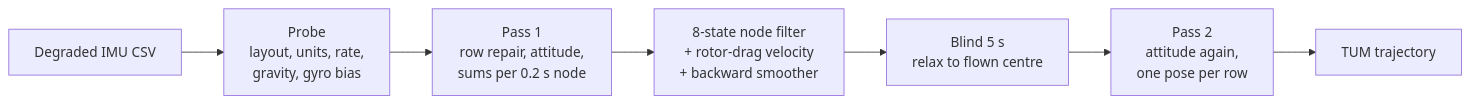
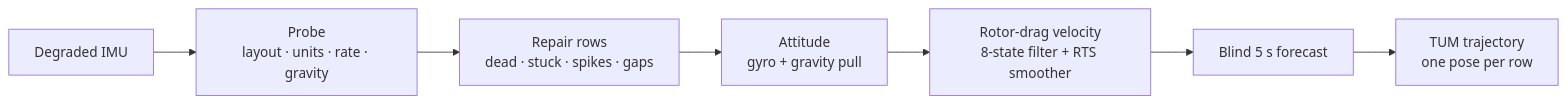
Before and after one commit to akshat333-debug/Ghost-Track: the diagram in README.md, drawn with Mermaid. The commit also changed other lines of this file and 13 other files, not shown here.

````diff
--- a/README.md
+++ b/README.md
@@ -55,9 +45,9 @@
 ```mermaid
 flowchart LR
-    A[Degraded IMU CSV] --> B[Probe<br/>layout, units, rate,<br/>gravity, gyro bias]
-    B --> C[Pass 1<br/>row repair, attitude,<br/>sums per 0.2 s node]
-    C --> D[8-state node filter<br/>+ rotor-drag velocity<br/>+ backward smoother]
-    D --> E[Blind 5 s<br/>relax to flown centre]
-    E --> F[Pass 2<br/>attitude again,<br/>one pose per row]
-    F --> G[TUM trajectory]
+    A[Degraded IMU] --> B[Probe<br/>layout · units · rate · gravity]
+    B --> C[Repair rows<br/>dead · stuck · spikes · gaps]
+    C --> D[Attitude<br/>gyro + gravity pull]
+    D --> E[Rotor-drag velocity<br/>8-state filter + RTS smoother]
+    E --> F[Blind 5 s forecast]
+    F --> G[TUM trajectory<br/>one pose per row]
 ```
````
